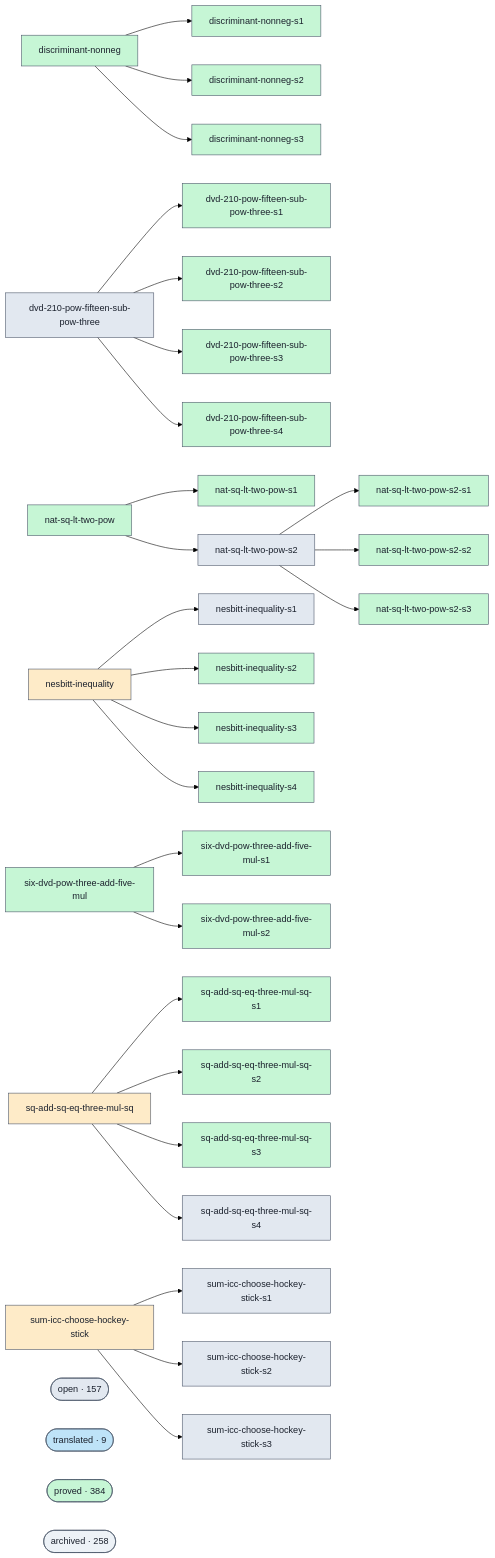
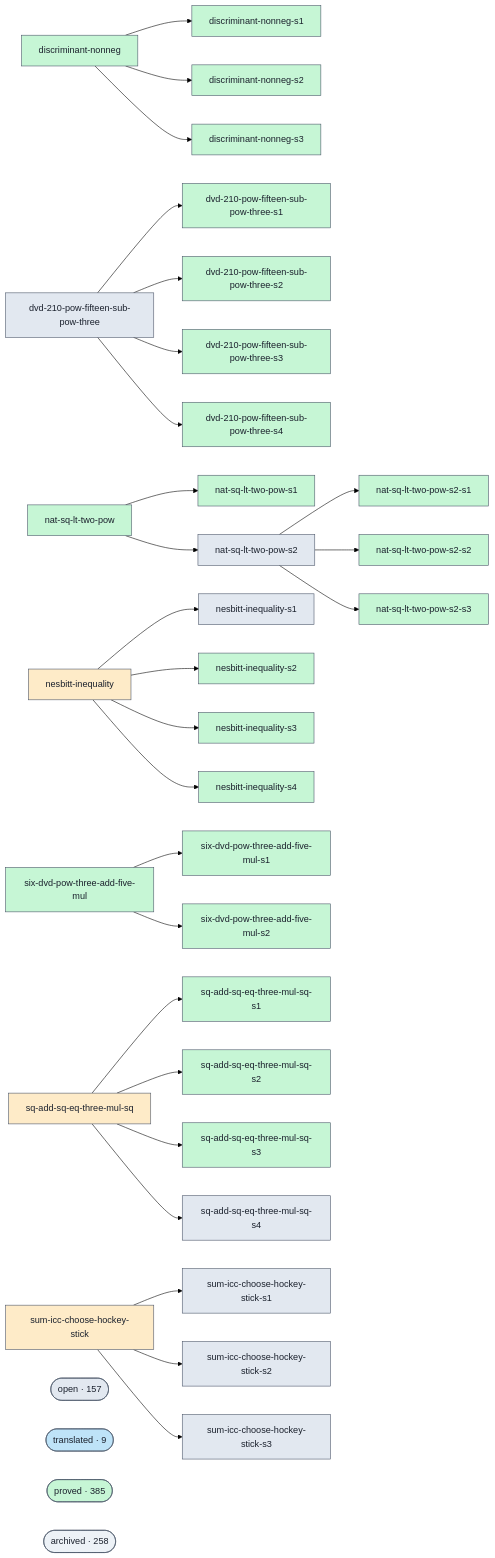
The diagram in docs/proofs-contributors-visualisation.md (ohdearquant/unsorry), drawn with Mermaid (forest theme) before and after one commit. The commit also changed other lines of this file and 2 other files, not shown here.

```diff
--- a/docs/proofs-contributors-visualisation.md
+++ b/docs/proofs-contributors-visualisation.md
@@ -147,7 +147,7 @@
   class cluster_open open;
   cluster_translated(["translated · 9"])
   class cluster_translated translated;
-  cluster_proved(["proved · 384"])
+  cluster_proved(["proved · 385"])
   class cluster_proved proved;
   cluster_archived(["archived · 258"])
   class cluster_archived unknown;
```
